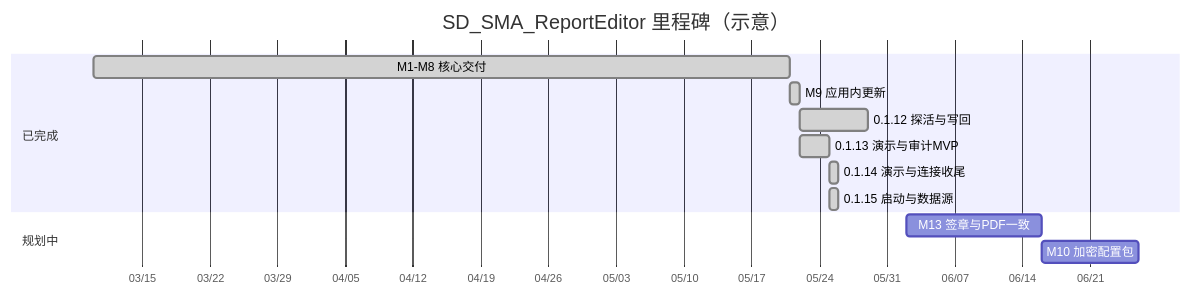
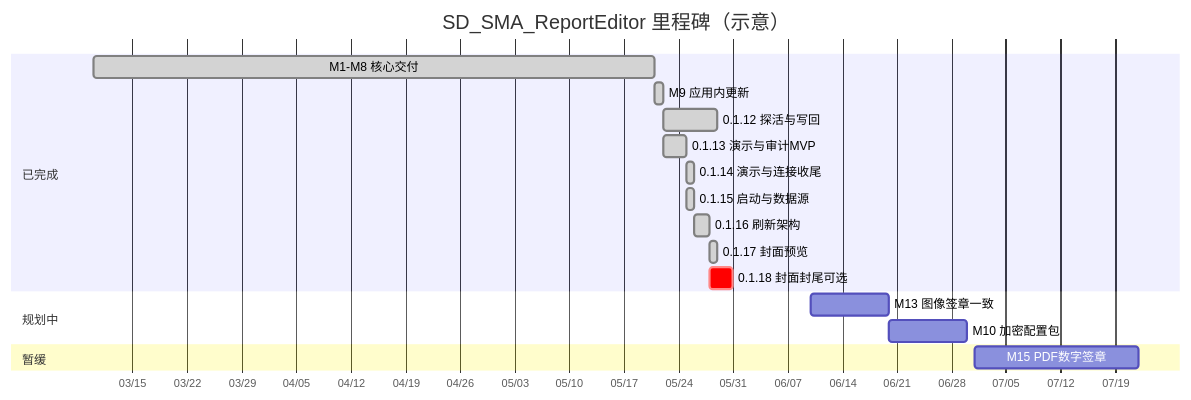
The first of 2 diagrams in _Prj/SD_SMA_ReportEditor/_Doc/002_里程碑与工单.md (cwjwudi/sma_data_collector), drawn with Mermaid before and after one commit. The commit also changed other lines of this file and 9 other files, not shown here.

````diff
--- a/_Prj/SD_SMA_ReportEditor/_Doc/002_里程碑与工单.md
+++ b/_Prj/SD_SMA_ReportEditor/_Doc/002_里程碑与工单.md
@@ -147,18 +204,24 @@
 ```mermaid
 gantt
     title SD_SMA_ReportEditor 里程碑（示意）
     dateFormat YYYY-MM-DD
     axisFormat %m/%d
 
     section 已完成
     M1-M8 核心交付         :done, core, 2026-03-10, 2026-05-21
     M9 应用内更新          :done, m9, 2026-05-21, 2026-05-22
     0.1.12 探活与写回      :done, v112, 2026-05-22, 7d
     0.1.13 演示与审计MVP   :done, v113, 2026-05-22, 2026-05-25
     0.1.14 演示与连接收尾  :done, v114, 2026-05-25, 1d
     0.1.15 启动与数据源    :done, v115, 2026-05-25, 1d
+    0.1.16 刷新架构        :done, v116, 2026-05-26, 2d
+    0.1.17 封面预览        :done, v117, 2026-05-28, 1d
+    0.1.18 封面封尾可选    :crit, v118, 2026-05-28, 3d
 
     section 规划中
-    M13 签章与PDF一致      :m13, 2026-06-02, 14d
-    M10 加密配置包         :m10, 2026-06-16, 10d
+    M13 图像签章一致       :m13, 2026-06-10, 10d
+    M10 加密配置包         :m10, 2026-06-20, 10d
+
+    section 暂缓
+    M15 PDF数字签章        :m15, 2026-07-01, 21d
 ```
````
